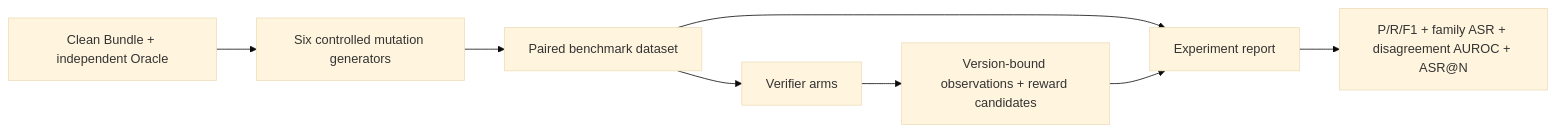
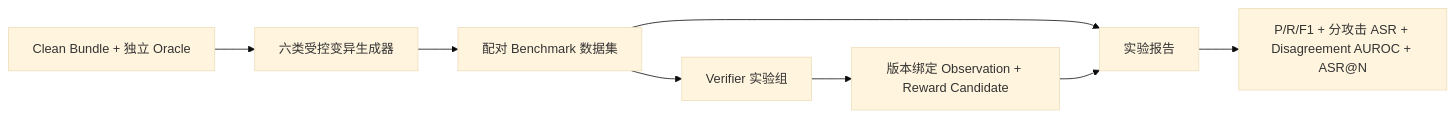
Before and after one commit to kyc001/assessment-workbench: diagram 13 of 13 in README.md, drawn with Mermaid (base theme). The commit also changed other lines of this file and 2 other files, not shown here.

````diff
--- a/README.md
+++ b/README.md
@@ -705,10 +705,10 @@
 ```mermaid
 flowchart LR
-    C["Clean Bundle + independent Oracle"] --> G["Six controlled mutation generators"]
-    G --> D["Paired benchmark dataset"]
-    D --> V["Verifier arms"]
-    V --> O["Version-bound observations + reward candidates"]
-    D --> R["Experiment report"]
+    C["Clean Bundle + 独立 Oracle"] --> G["六类受控变异生成器"]
+    G --> D["配对 Benchmark 数据集"]
+    D --> V["Verifier 实验组"]
+    V --> O["版本绑定 Observation + Reward Candidate"]
+    D --> R["实验报告"]
     O --> R
-    R --> M["P/R/F1 + family ASR + disagreement AUROC + ASR@N"]
+    R --> M["P/R/F1 + 分攻击 ASR + Disagreement AUROC + ASR@N"]
 ```
````
